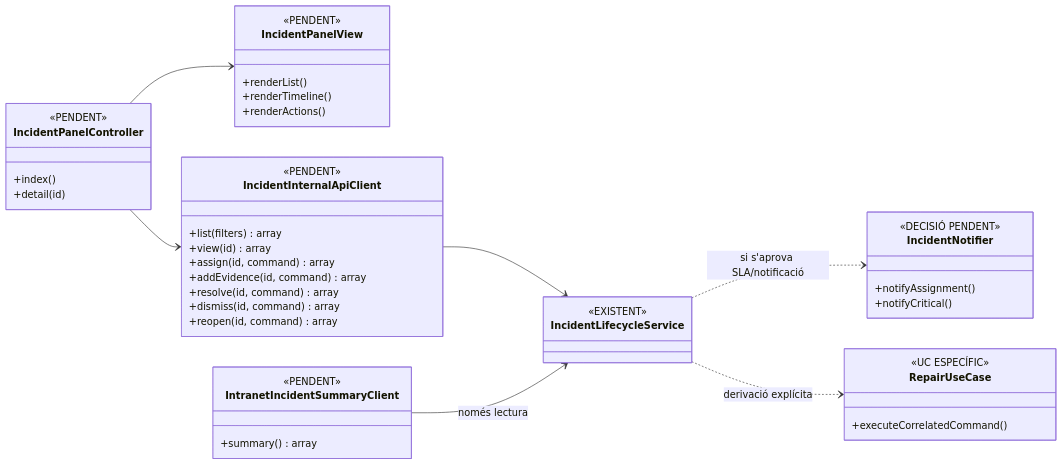
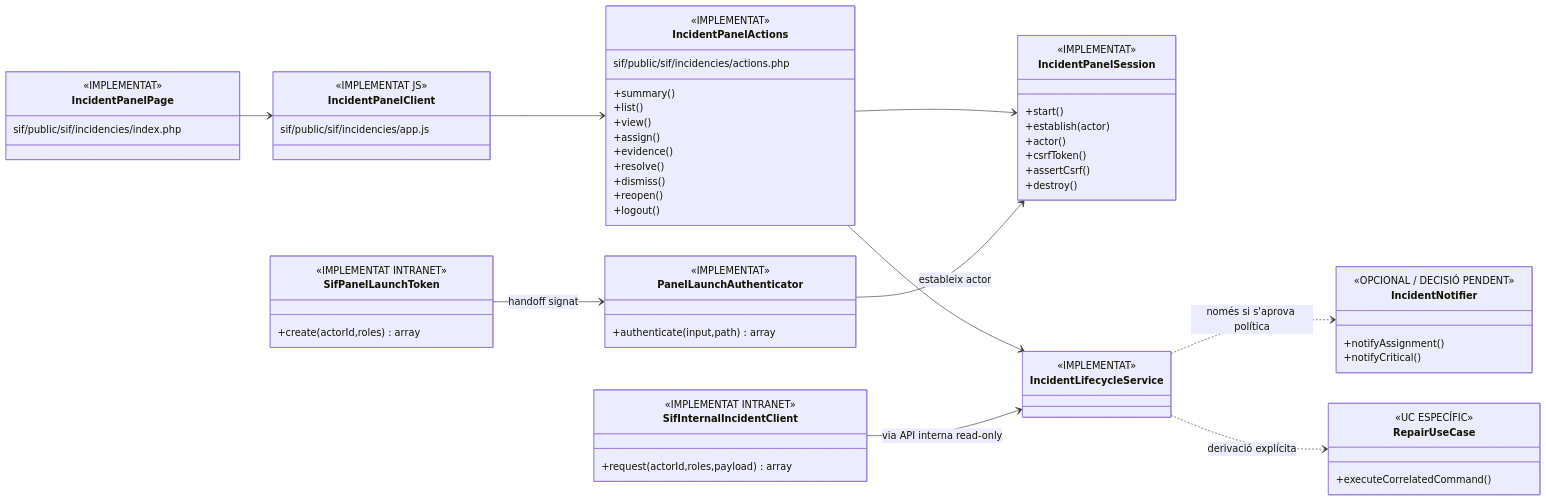
Before and after one commit to orgmeriemprismacat-del/verifactu: the second of 2 diagrams in documentacio/07-uml-integrat/uc-008-classes-actual-final.md, drawn with Mermaid. The commit also changed other lines of this file, not shown here.

Commit message:
docs(UC-008): reconciliar classes ACTUAL FINAL amb codi real

````diff
--- a/documentacio/07-uml-integrat/uc-008-classes-actual-final.md
+++ b/documentacio/07-uml-integrat/uc-008-classes-actual-final.md
@@ -137,55 +137,78 @@
 ```mermaid
 classDiagram
 direction LR
 
-class IncidentPanelController {
-  <<PENDENT>>
-  +index()
-  +detail(id)
+class IncidentPanelPage {
+  <<IMPLEMENTAT>>
+  sif/public/sif/incidencies/index.php
 }
 
-class IncidentPanelView {
-  <<PENDENT>>
-  +renderList()
-  +renderTimeline()
-  +renderActions()
+class IncidentPanelActions {
+  <<IMPLEMENTAT>>
+  sif/public/sif/incidencies/actions.php
+  +summary()
+  +list()
+  +view()
+  +assign()
+  +evidence()
+  +resolve()
+  +dismiss()
+  +reopen()
+  +logout()
 }
 
-class IncidentInternalApiClient {
-  <<PENDENT>>
-  +list(filters) array
-  +view(id) array
-  +assign(id, command) array
-  +addEvidence(id, command) array
-  +resolve(id, command) array
-  +dismiss(id, command) array
-  +reopen(id, command) array
+class IncidentPanelClient {
+  <<IMPLEMENTAT JS>>
+  sif/public/sif/incidencies/app.js
 }
 
-class IntranetIncidentSummaryClient {
-  <<PENDENT>>
-  +summary() array
+class IncidentPanelSession {
+  <<IMPLEMENTAT>>
+  +start()
+  +establish(actor)
+  +actor()
+  +csrfToken()
+  +assertCsrf()
+  +destroy()
+}
+
+class PanelLaunchAuthenticator {
+  <<IMPLEMENTAT>>
+  +authenticate(input,path) array
+}
+
+class SifInternalIncidentClient {
+  <<IMPLEMENTAT INTRANET>>
+  +request(actorId,roles,payload) array
+}
+
+class SifPanelLaunchToken {
+  <<IMPLEMENTAT INTRANET>>
+  +create(actorId,roles) array
 }
 
 class IncidentLifecycleService {
-  <<EXISTENT>>
+  <<IMPLEMENTAT>>
 }
 
 class IncidentNotifier {
-  <<DECISIÓ PENDENT>>
+  <<OPCIONAL / DECISIÓ PENDENT>>
   +notifyAssignment()
   +notifyCritical()
 }
 
 class RepairUseCase {
   <<UC ESPECÍFIC>>
   +executeCorrelatedCommand()
 }
 
-IncidentPanelController --> IncidentPanelView
-IncidentPanelController --> IncidentInternalApiClient
-IncidentInternalApiClient --> IncidentLifecycleService
-IntranetIncidentSummaryClient --> IncidentLifecycleService : només lectura
-IncidentLifecycleService ..> IncidentNotifier : si s'aprova SLA/notificació
+IncidentPanelPage --> IncidentPanelClient
+IncidentPanelClient --> IncidentPanelActions
+IncidentPanelActions --> IncidentPanelSession
+IncidentPanelActions --> IncidentLifecycleService
+PanelLaunchAuthenticator --> IncidentPanelSession : estableix actor
+SifPanelLaunchToken --> PanelLaunchAuthenticator : handoff signat
+SifInternalIncidentClient --> IncidentLifecycleService : via API interna read-only
+IncidentLifecycleService ..> IncidentNotifier : només si s'aprova política
 IncidentLifecycleService ..> RepairUseCase : derivació explícita
 ```
````
